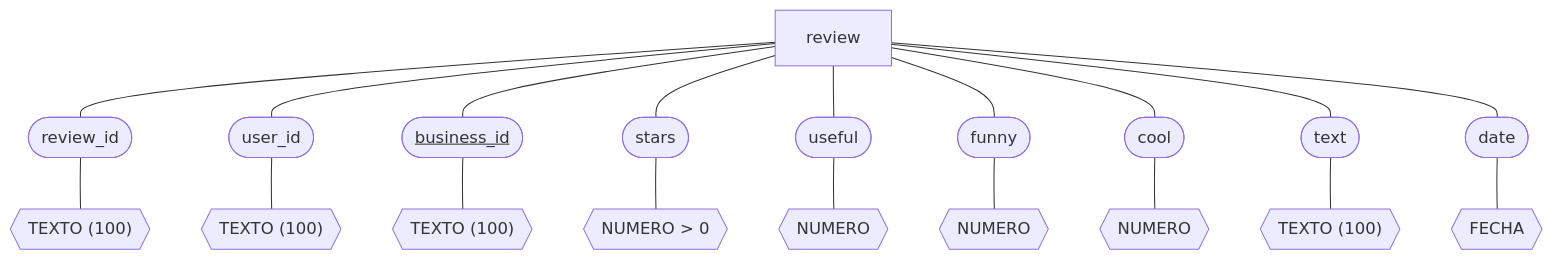
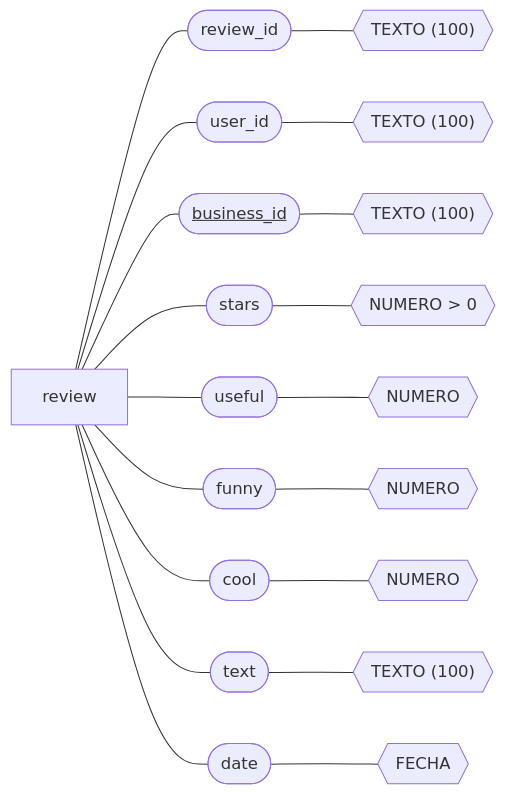
The fourth of 6 diagrams in Tareas/Tarea2.md (fer98morales/BDR), drawn with Mermaid before and after one commit. The commit also changed other lines of this file, not shown here.

````diff
--- a/Tareas/Tarea2.md
+++ b/Tareas/Tarea2.md
@@ -62,13 +62,13 @@
 ```mermaid
-flowchart TB
+flowchart LR
 Entidad3[review]
     Entidad3 --- E3_Atributo1([review_id]) --- E3_D1{{"TEXTO (100)"}}
     Entidad3 --- E3_Atributo2([user_id</u>]) --- E3_D2{{"TEXTO (100)"}}
     Entidad3 --- E3_Atributo3([<u>business_id</u>]) --- E3_D3{{"TEXTO (100)"}}
     Entidad3 --- E3_Atributo4([stars]) --- E3_D4{{"NUMERO > 0"}}
     Entidad3 --- E3_Atributo5([useful]) --- E3_D5{{"NUMERO"}}
     Entidad3 --- E3_Atributo6([funny]) --- E3_D6{{"NUMERO"}}
     Entidad3 --- E3_Atributo7([cool]) --- E3_D7{{"NUMERO"}}
     Entidad3 --- E3_Atributo8([text]) --- E3_D8{{"TEXTO (100)"}}
     Entidad3 --- E3_Atributo9([date]) --- E3_D9{{"FECHA"}}
 ```
````
